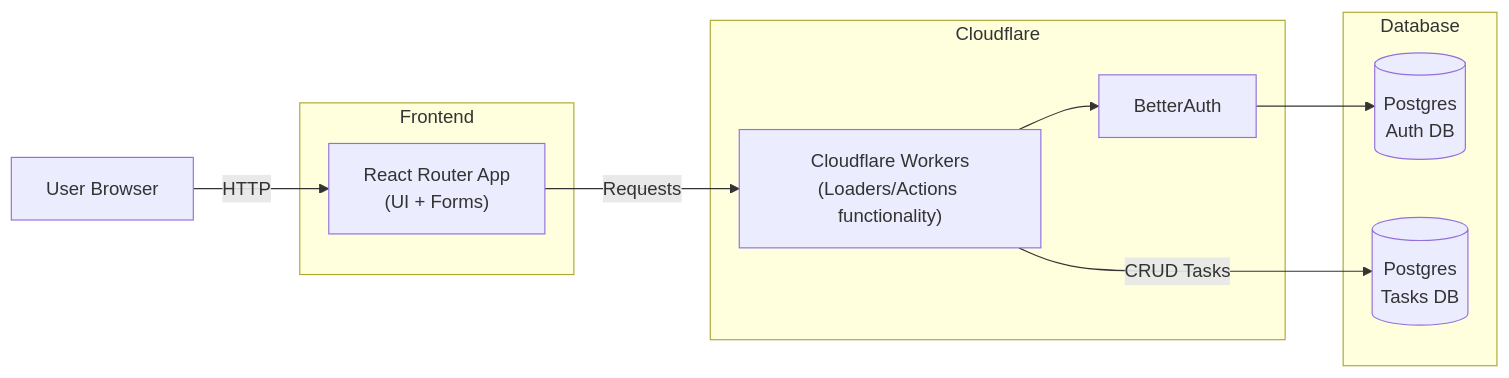
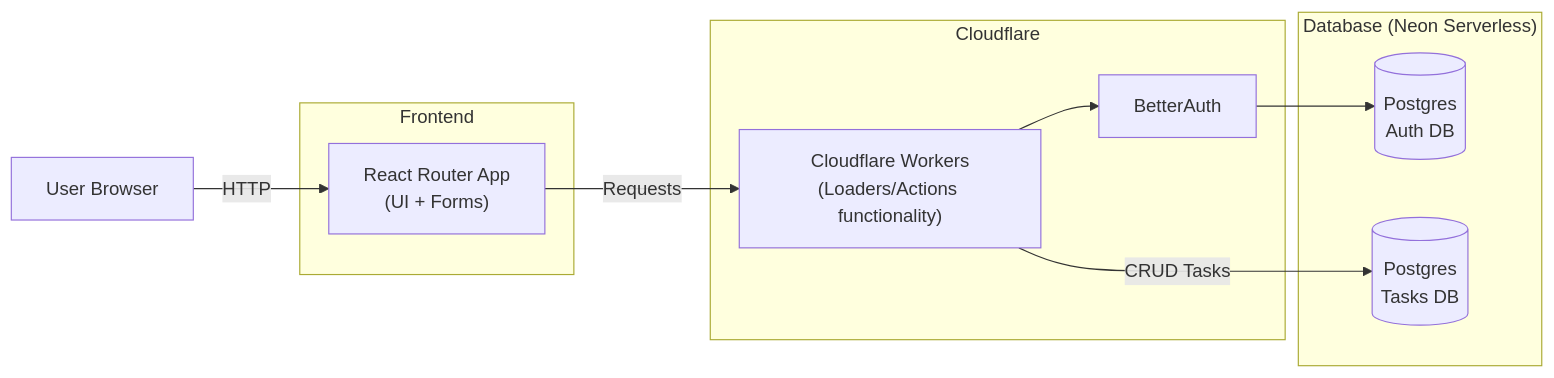
One commit to sahil-kabir/StoryTellers-ai-Onboarding changed the diagram in README.md. Above: the diagram before and after it, drawn with Mermaid.

Commit message:
add architecture to README.md

````diff
--- a/README.md
+++ b/README.md
@@ -3,26 +3,26 @@
 ```mermaid
 flowchart LR
     User[User Browser]
 
     subgraph Frontend
         RR["React Router App<br/>(UI + Forms)"]
     end
 
     subgraph Cloudflare
         CFW["Cloudflare Workers<br/>(Loaders/Actions functionality)"]
         BA["BetterAuth"]
     end
 
-    subgraph Database
+    subgraph Database ["Database (Neon Serverless)"]
         AuthDB[("Postgres<br/>Auth DB")]
         TasksDB[("Postgres<br/>Tasks DB")]
     end
 
     User -->|HTTP| RR
     RR -->|Requests| CFW
 
     CFW --> BA
     BA --> AuthDB
 
     CFW -->|CRUD Tasks| TasksDB
 ```
````
